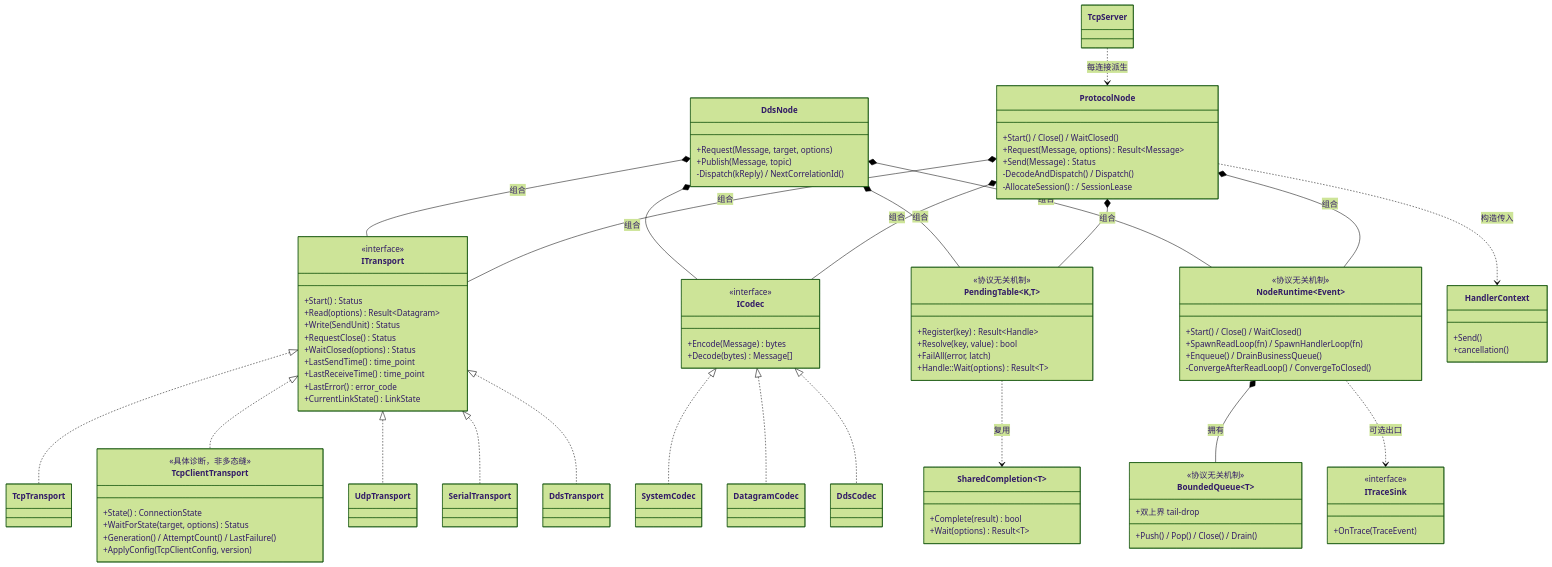
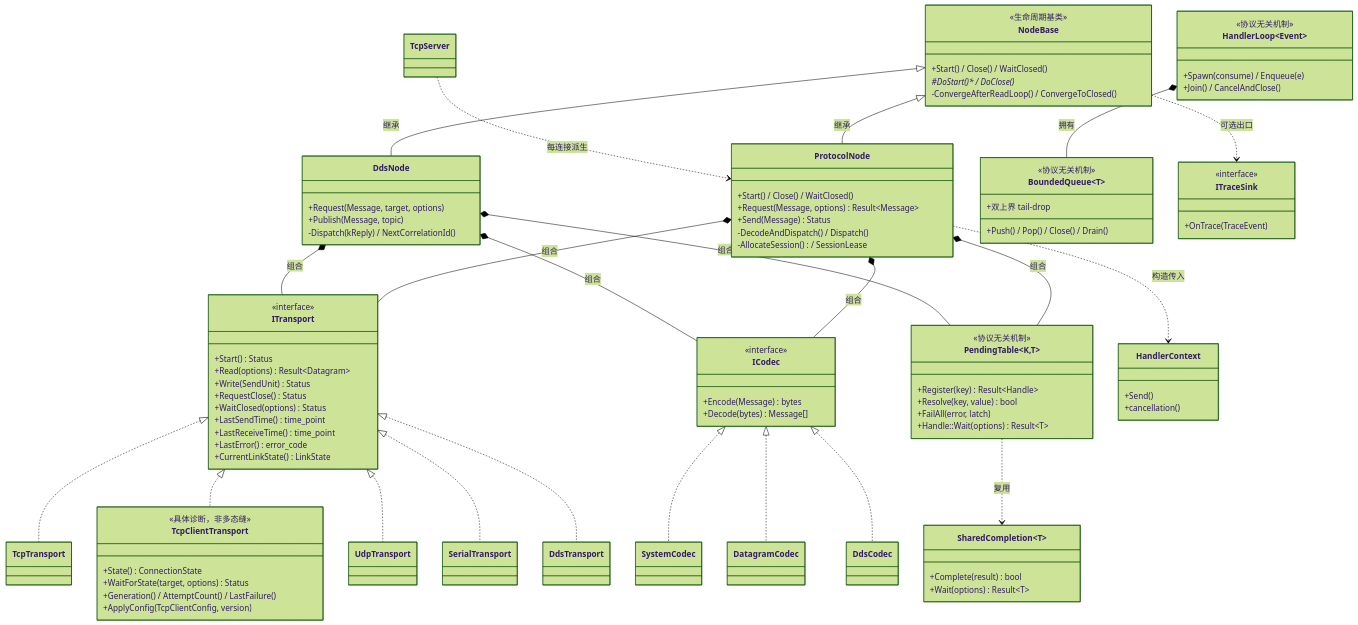
Before and after one commit to Ste7an-cs/Transport: the diagram in docs/diagrams/arch-class.mmd, drawn with Mermaid (forest theme). The commit also changed 12 other files, not shown here.

First line of the commit message:
docs: NodeBase 模板方法取代 NodeRuntime + 共享完成量轻量化(ADR-0006)

```diff
--- a/docs/diagrams/arch-class.mmd
+++ b/docs/diagrams/arch-class.mmd
@@ -1,103 +1,107 @@
 classDiagram
     direction TB
 
     class ITransport {
         <<interface>>
         +Start() Status
         +Read(options) Result~Datagram~
         +Write(SendUnit) Status
         +RequestClose() Status
         +WaitClosed(options) Status
         +LastSendTime() time_point
         +LastReceiveTime() time_point
         +LastError() error_code
         +CurrentLinkState() LinkState
     }
     class ICodec {
         <<interface>>
         +Encode(Message) bytes
         +Decode(bytes) Message[]
     }
 
     class ProtocolNode {
         +Start() / Close() / WaitClosed()
         +Request(Message, options) Result~Message~
         +Send(Message) Status
         -DecodeAndDispatch() / Dispatch()
         -AllocateSession() / SessionLease
     }
     class DdsNode {
         +Request(Message, target, options)
         +Publish(Message, topic)
         -Dispatch(kReply) / NextCorrelationId()
     }
-    class NodeRuntime~Event~ {
+    class NodeBase {
+        <<生命周期基类>>
+        +Start() / Close() / WaitClosed()
+        #DoStart()* / DoClose()*
+        -ConvergeAfterReadLoop() / ConvergeToClosed()
+    }
+    class HandlerLoop~Event~ {
         <<协议无关机制>>
-        +Start() / Close() / WaitClosed()
-        +SpawnReadLoop(fn) / SpawnHandlerLoop(fn)
-        +Enqueue() / DrainBusinessQueue()
-        -ConvergeAfterReadLoop() / ConvergeToClosed()
+        +Spawn(consume) / Enqueue(e)
+        +Join() / CancelAndClose()
     }
     class PendingTable~K,T~ {
         <<协议无关机制>>
         +Register(key) Result~Handle~
         +Resolve(key, value) bool
         +FailAll(error, latch)
         +Handle::Wait(options) Result~T~
     }
     class BoundedQueue~T~ {
         <<协议无关机制>>
         +Push() / Pop() / Close() / Drain()
         +双上界 tail-drop
     }
     class HandlerContext {
         +Send()
         +cancellation()
     }
     class SharedCompletion~T~ {
         +Complete(result) bool
         +Wait(options) Result~T~
     }
     class ITraceSink {
         <<interface>>
         +OnTrace(TraceEvent)
     }
 
     class TcpTransport
     class TcpClientTransport {
         <<具体诊断，非多态缝>>
         +State() ConnectionState
         +WaitForState(target, options) Status
         +Generation() / AttemptCount() / LastFailure()
         +ApplyConfig(TcpClientConfig, version)
     }
     class UdpTransport
     class SerialTransport
     class DdsTransport
     class TcpServer
     class SystemCodec
     class DatagramCodec
     class DdsCodec
 
     ITransport <|.. TcpTransport
     ITransport <|.. TcpClientTransport
     ITransport <|.. UdpTransport
     ITransport <|.. SerialTransport
     ITransport <|.. DdsTransport
     ICodec <|.. SystemCodec
     ICodec <|.. DatagramCodec
     ICodec <|.. DdsCodec
 
     ProtocolNode *-- ITransport : 组合
     ProtocolNode *-- ICodec : 组合
     ProtocolNode *-- PendingTable : 组合
-    ProtocolNode *-- NodeRuntime : 组合
+    NodeBase <|-- ProtocolNode : 继承
     DdsNode *-- ITransport : 组合
     DdsNode *-- ICodec : 组合
     DdsNode *-- PendingTable : 组合
-    DdsNode *-- NodeRuntime : 组合
-    NodeRuntime *-- BoundedQueue : 拥有
+    NodeBase <|-- DdsNode : 继承
+    HandlerLoop *-- BoundedQueue : 拥有
     PendingTable ..> SharedCompletion : 复用
     ProtocolNode ..> HandlerContext : 构造传入
     TcpServer ..> ProtocolNode : 每连接派生
-    NodeRuntime ..> ITraceSink : 可选出口
+    NodeBase ..> ITraceSink : 可选出口
```
